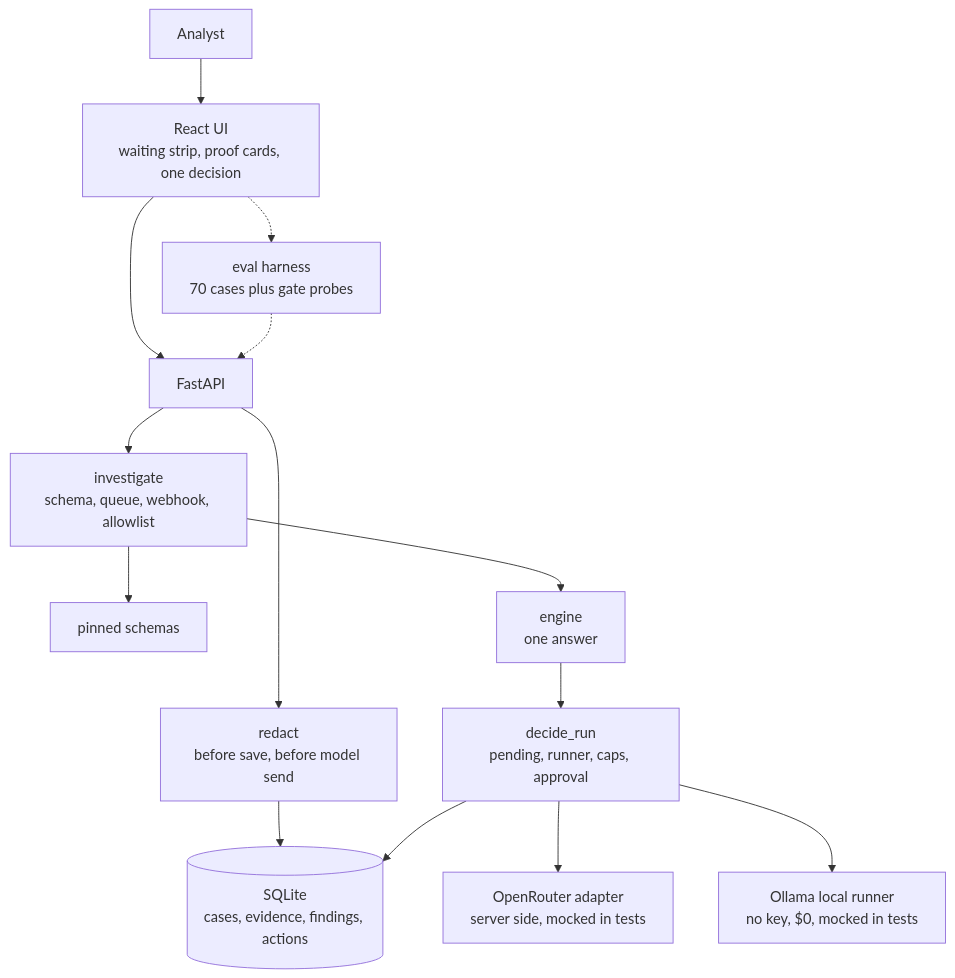
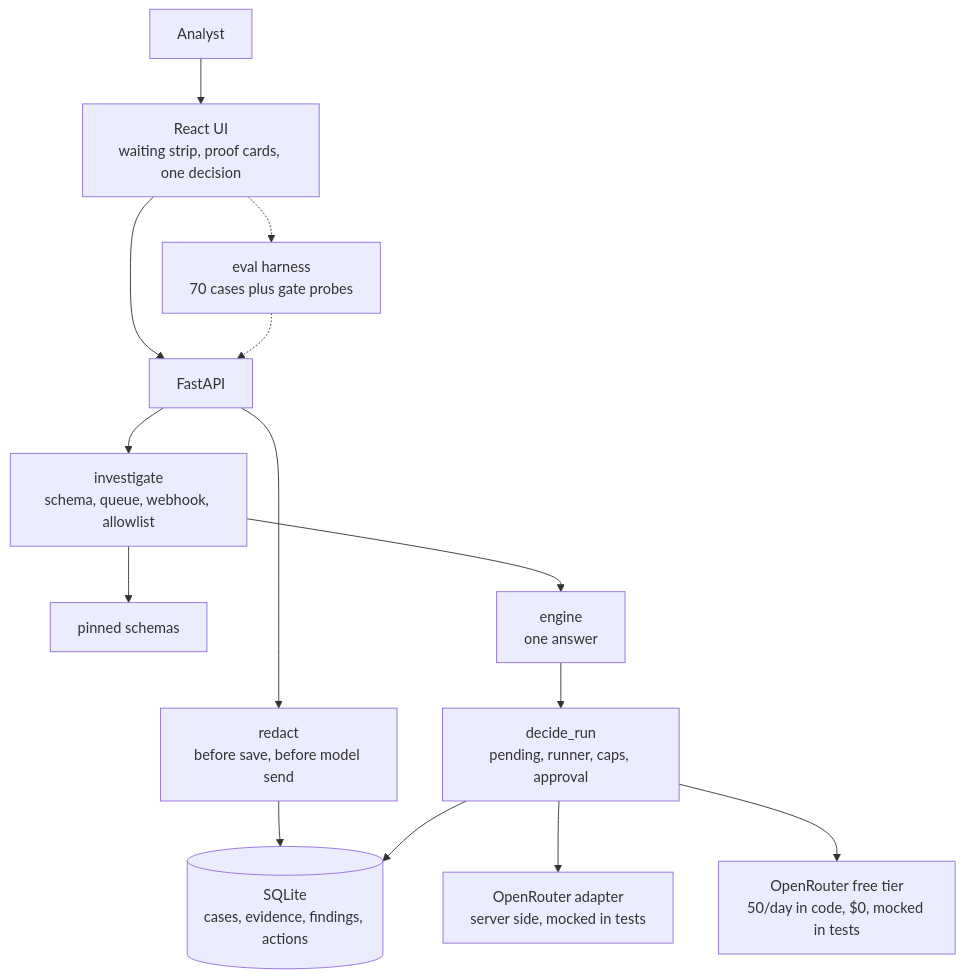
One commit to sivaratrisrinivas/fal-request-rescue changed the diagram in README.md. Above: the diagram before and after it, drawn with Mermaid. The commit also changed other lines of this file and 14 other files, not shown here.

Commit message:
feat: OpenRouter free tier executes live tests, quota enforced in code

````diff
--- a/README.md
+++ b/README.md
@@ -92,16 +93,16 @@
 ```mermaid
 flowchart TD
     A[Analyst] --> UI[React UI<br/>waiting strip, proof cards, one decision]
     UI --> API[FastAPI]
     API --> R[redact<br/>before save, before model send]
     R --> DB[(SQLite<br/>cases, evidence, findings, actions)]
     API --> I[investigate<br/>schema, queue, webhook, allowlist]
     I --> SCH[pinned schemas]
     I --> E[engine<br/>one answer]
     E --> P[decide_run<br/>pending, runner, caps, approval]
     P --> O[OpenRouter adapter<br/>server side, mocked in tests]
-    P --> F[Ollama local runner<br/>no key, $0, mocked in tests]
+    P --> F[OpenRouter free tier<br/>50/day in code, $0, mocked in tests]
     P --> DB
     UI -.-> EV[eval harness<br/>70 cases plus gate probes]
     EV -.-> API
 ```
````
